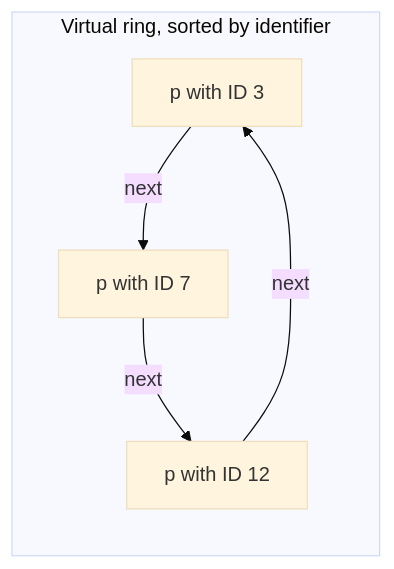
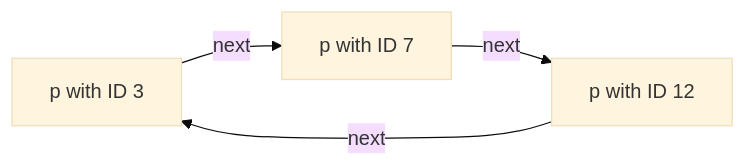
The second of 4 diagrams in EDA387-Computer-Networks/17-Practical-Session-1.md (FahimMashroor/Chalmers_CSC), drawn with Mermaid (base theme) before and after one commit. The commit also changed other lines of this file, not shown here.

Commit message:
Rewrite 17 Practical Session 1 in simple language with examples and diagrams

````diff
--- a/EDA387-Computer-Networks/17-Practical-Session-1.md
+++ b/EDA387-Computer-Networks/17-Practical-Session-1.md
@@ -103,6 +156,4 @@
 ```mermaid
 flowchart LR
-    subgraph RING["Virtual ring, sorted by identifier"]
-        A["p with ID 3"] -->|"next"| B["p with ID 7"] -->|"next"| C["p with ID 12"] -->|"next"| A
-    end
+    A["p with ID 3"] -->|"next"| B["p with ID 7"] -->|"next"| C["p with ID 12"] -->|"next"| A
 ```
````
